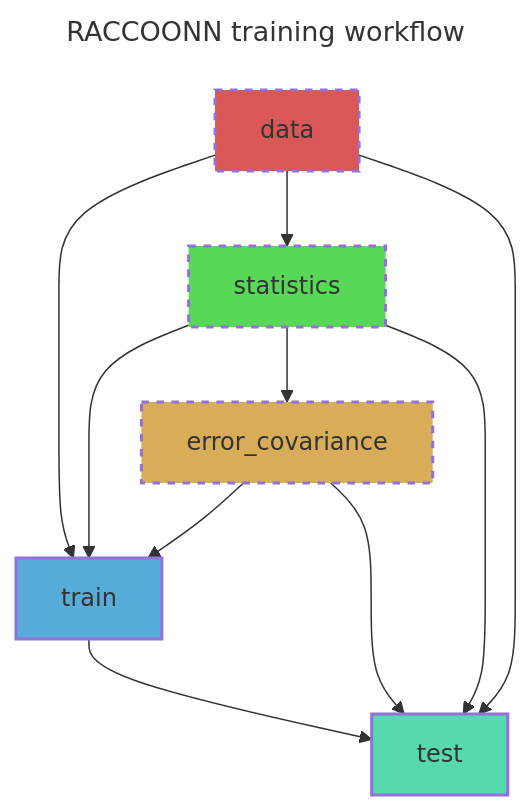
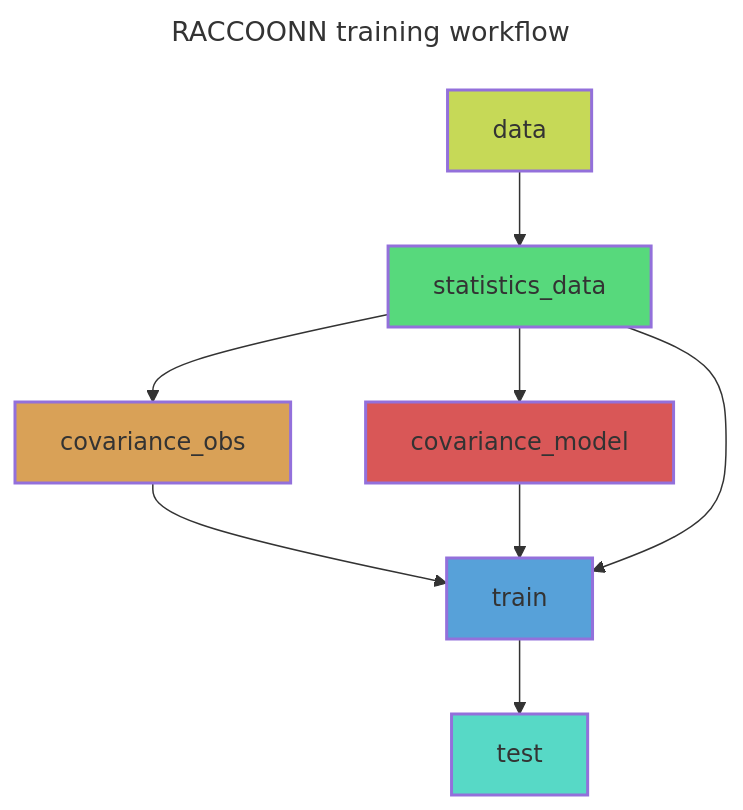
The diagram in README.md (tremblaybenoit/RACCOONN), drawn with Mermaid before and after one commit. The commit also changed other lines of this file and 8 other files, not shown here.

````diff
--- a/README.md
+++ b/README.md
@@ -37,26 +37,25 @@
 ```mermaid
 ---
 title: RACCOONN training workflow
 ---
 flowchart TB
+	id0[test]
 	id1[train]
-	id2[data]
-	id3[statistics]
-	id4[error_covariance]
-	id5[test]
-
-	style id1 fill:#57ADD9,stroke-width:2px,color:#333333
-	style id2 fill:#D95757,stroke-width:2px,color:#333333,stroke-dasharray: 5 5
-	style id3 fill:#57D957,stroke-width:2px,color:#333333,stroke-dasharray: 5 5
-	style id4 fill:#D9AD57,stroke-width:2px,color:#333333,stroke-dasharray: 5 5
-	style id5 fill:#57D9AD,stroke-width:2px,color:#333333
+	id2[statistics_data]
+	id3[data]
+	id4[covariance_model]
+	id5[covariance_obs]
+	style id0 fill:#57D9C6,stroke-width:2px,color:#333333
+	style id1 fill:#57A1D9,stroke-width:2px,color:#333333
+	style id2 fill:#57D97C,stroke-width:2px,color:#333333
+	style id3 fill:#C6D957,stroke-width:2px,color:#333333
+	style id4 fill:#D95757,stroke-width:2px,color:#333333
+	style id5 fill:#D9A157,stroke-width:2px,color:#333333
+	id1 --> id0
+	id5 --> id1
+	id4 --> id1
 	id2 --> id1
-	id3 --> id1
-	id4 --> id1
-	id2 --> id3
-	id3 --> id4
+	id3 --> id2
+	id2 --> id4
 	id2 --> id5
-	id3 --> id5
-	id4 --> id5
-	id1 --> id5
 ```
````
